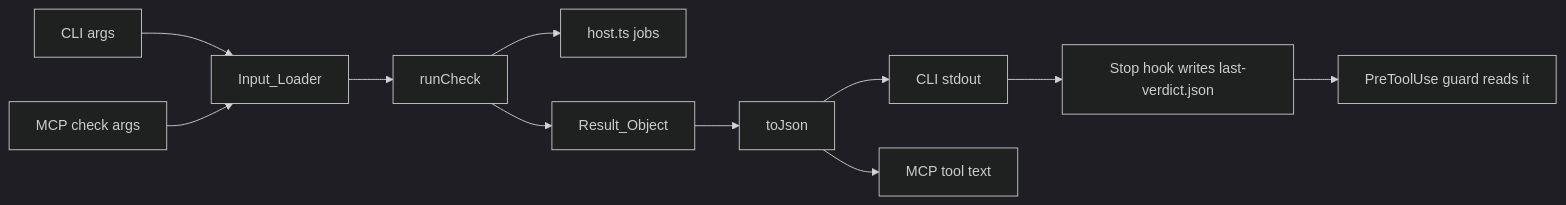
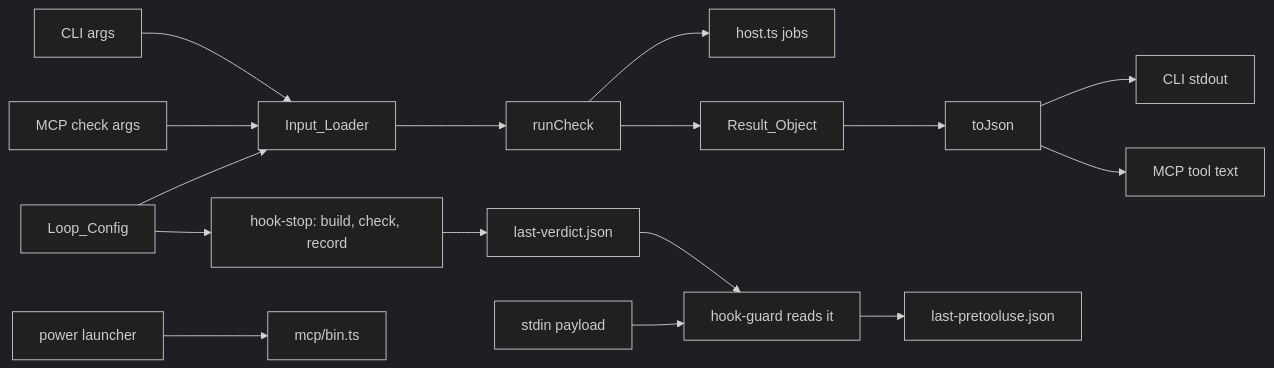
One commit to lainx06/Hexorcist changed the diagram in .kiro/specs/headless-runner/design.md. Above: the diagram before and after it, drawn with Mermaid (dark theme). The commit also changed other lines of this file and 45 other files, not shown here.

Commit message:
Headless runner rebuilt by Kiro from the headless-runner spec (CLI, JSON, Action, MCP, hooks, power)

````diff
--- a/.kiro/specs/headless-runner/design.md
+++ b/.kiro/specs/headless-runner/design.md
@@ -17,13 +21,18 @@
 ```mermaid
 flowchart LR
   A[CLI args] --> L[Input_Loader]
   M[MCP check args] --> L
+  K[Loop_Config] --> L
   L --> R[runCheck]
   R --> H[host.ts jobs]
   R --> O[Result_Object]
   O --> J[toJson]
   J --> C[CLI stdout]
   J --> T[MCP tool text]
-  C --> S[Stop hook writes last-verdict.json]
-  S --> G[PreToolUse guard reads it]
+  K --> S[hook-stop: build, check, record]
+  S --> V[last-verdict.json]
+  V --> G[hook-guard reads it]
+  P[stdin payload] --> G
+  G --> Q[last-pretooluse.json]
+  PW[power launcher] --> MS[mcp/bin.ts]
 ```
````
